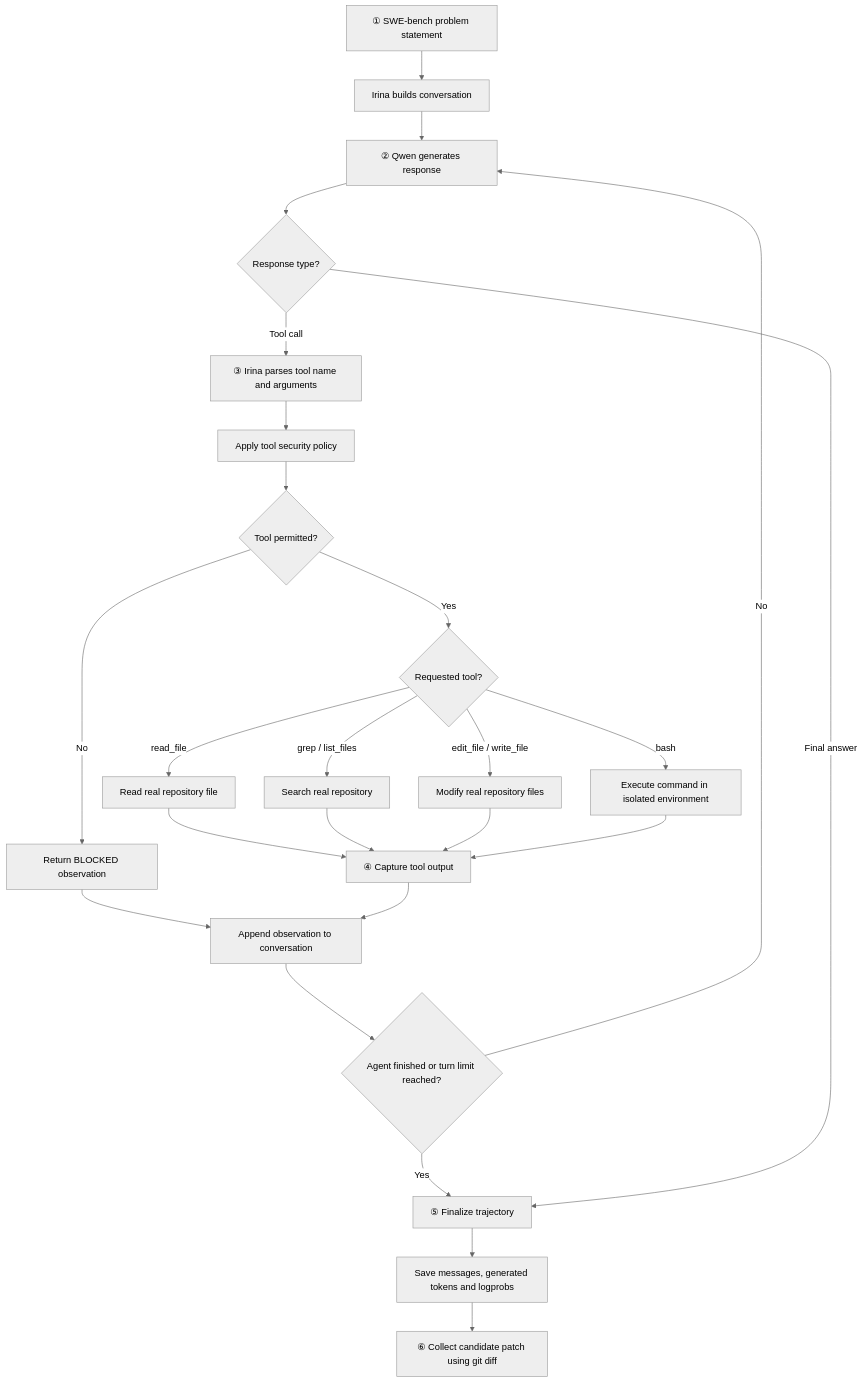
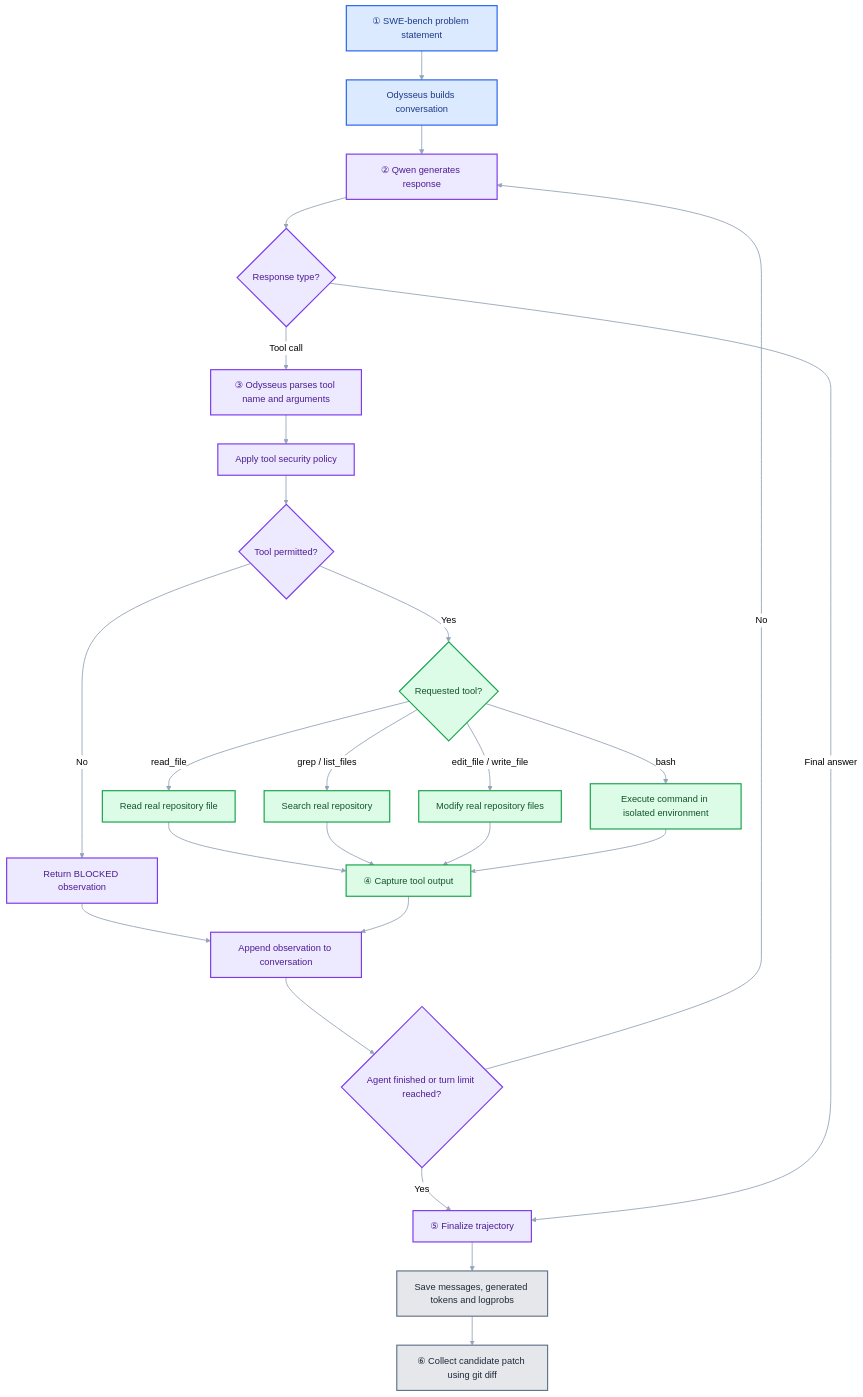
Before and after one commit to rderakhshan/SWE: the second of 4 diagrams in README.md, drawn with Mermaid (neutral theme). The commit also changed other lines of this file, not shown here.

Commit message:
Update README flowcharts to newest versions

````diff
--- a/README.md
+++ b/README.md
@@ -144,35 +144,47 @@
 ```mermaid
 flowchart TD
-    A["① SWE-bench problem statement"] --> B["Irina builds conversation"]
+    A["① SWE-bench problem statement"] --> B["Odysseus builds conversation"]
     B --> C["② Qwen generates response"]
     C --> D{"Response type?"}
 
-    D -->|Tool call| E["③ Irina parses tool name and arguments"]
+    D -->|Tool call| E["③ Odysseus parses tool name and arguments"]
     E --> F["Apply tool security policy"]
     F --> G{"Tool permitted?"}
 
     G -->|No| H["Return BLOCKED observation"]
     G -->|Yes| I{"Requested tool?"}
 
     I -->|read_file| J["Read real repository file"]
     I -->|grep / list_files| K["Search real repository"]
     I -->|edit_file / write_file| L["Modify real repository files"]
     I -->|bash| M["Execute command in isolated environment"]
 
     J --> N["④ Capture tool output"]
     K --> N
     L --> N
     M --> N
 
     H --> O["Append observation to conversation"]
     N --> O
 
     O --> P{"Agent finished or turn limit reached?"}
     P -->|No| C
     P -->|Yes| Q["⑤ Finalize trajectory"]
 
     D -->|Final answer| Q
 
     Q --> R["Save messages, generated tokens and logprobs"]
     R --> S["⑥ Collect candidate patch using git diff"]
+
+    classDef prep fill:#DBEAFE,stroke:#2563EB,color:#1E3A8A,stroke-width:2px
+    classDef agent fill:#EDE9FE,stroke:#7C3AED,color:#4C1D95,stroke-width:2px
+    classDef tools fill:#DCFCE7,stroke:#16A34A,color:#14532D,stroke-width:2px
+    classDef learn fill:#E5E7EB,stroke:#64748B,color:#1E293B,stroke-width:2px
+
+    class A,B prep
+    class C,D,E,F,G,H,O,P,Q agent
+    class I,J,K,L,M,N tools
+    class R,S learn
+
+    linkStyle default stroke:#94A3B8,stroke-width:1.5px
 ```
````
